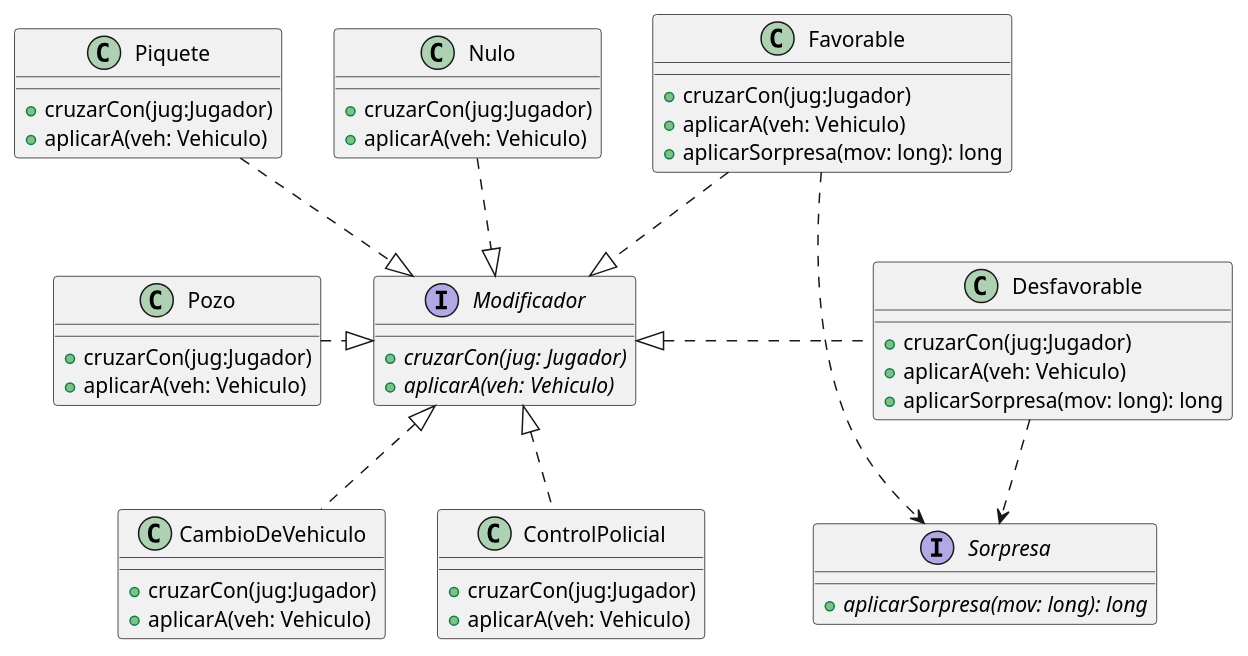
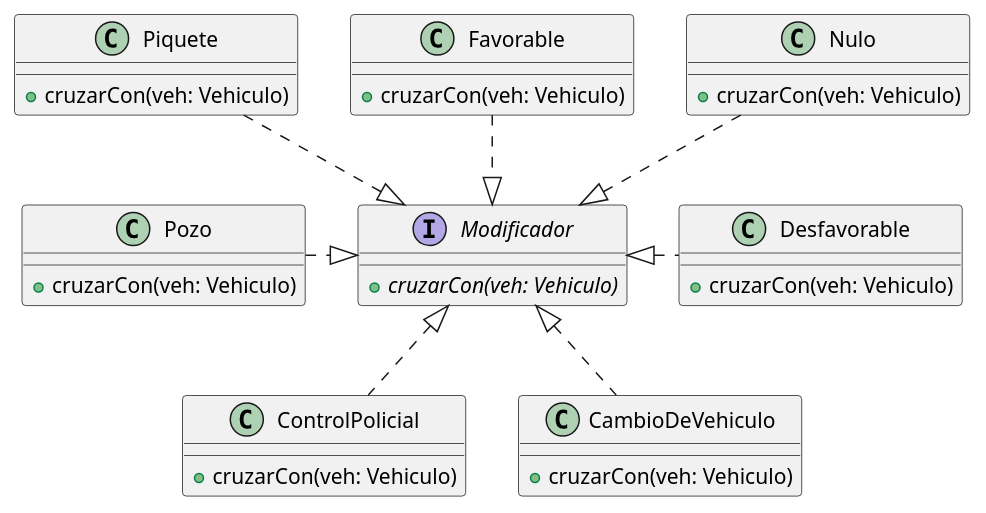
The fourth of 4 diagrams in diagrams/classes/modelo/modelo.plantuml (tomasayala/algo3_tp2_1C2022), drawn with PlantUML before and after one commit. The commit also changed other lines of this file and 5 other files, not shown here.

Commit message:
Reemplazo de modelo viejo a nuevo en diagramas

```diff
--- a/diagrams/classes/modelo/modelo.plantuml
+++ b/diagrams/classes/modelo/modelo.plantuml
@@ -163,59 +151,43 @@
 @startuml interface-modificador-sorpresa
 
-interface Sorpresa {
-    + {abstract} aplicarSorpresa(mov: long): long
-}
-
 interface Modificador {
-    + {abstract} cruzarCon(jug: Jugador)
-    + {abstract} aplicarA(veh: Vehiculo)
+    + {abstract} cruzarCon(veh: Vehiculo)
 }
 
 class Pozo {
-    + cruzarCon(jug:Jugador)
-    + aplicarA(veh: Vehiculo)
+    + cruzarCon(veh: Vehiculo)
 }
 
 class ControlPolicial {
-    + cruzarCon(jug:Jugador)
-    + aplicarA(veh: Vehiculo)
+    + cruzarCon(veh: Vehiculo)
 }
 
 class Piquete {
-    + cruzarCon(jug:Jugador)
-    + aplicarA(veh: Vehiculo)
+    + cruzarCon(veh: Vehiculo)
 }
 
 class Favorable {
-    + cruzarCon(jug:Jugador)
-    + aplicarA(veh: Vehiculo)
-    + aplicarSorpresa(mov: long): long
+    + cruzarCon(veh: Vehiculo)
 }
 
 class Desfavorable {
-    + cruzarCon(jug:Jugador)
-    + aplicarA(veh: Vehiculo)
-    + aplicarSorpresa(mov: long): long    
+    + cruzarCon(veh: Vehiculo)
 }
 
 class CambioDeVehiculo {
-    + cruzarCon(jug:Jugador)
-    + aplicarA(veh: Vehiculo)
+    + cruzarCon(veh: Vehiculo)
 }
 
 class Nulo {
-    + cruzarCon(jug:Jugador)
-    + aplicarA(veh: Vehiculo)
+    + cruzarCon(veh: Vehiculo)
 }
 
 Favorable ..|> Modificador
 Desfavorable .left.|> Modificador
 CambioDeVehiculo .up.|> Modificador
 Pozo .right.|> Modificador
 Piquete ..|> Modificador
 ControlPolicial .up.|> Modificador
 Nulo ..|> Modificador
-Desfavorable ..> Sorpresa
-Favorable ..> Sorpresa
 
 @enduml
```
